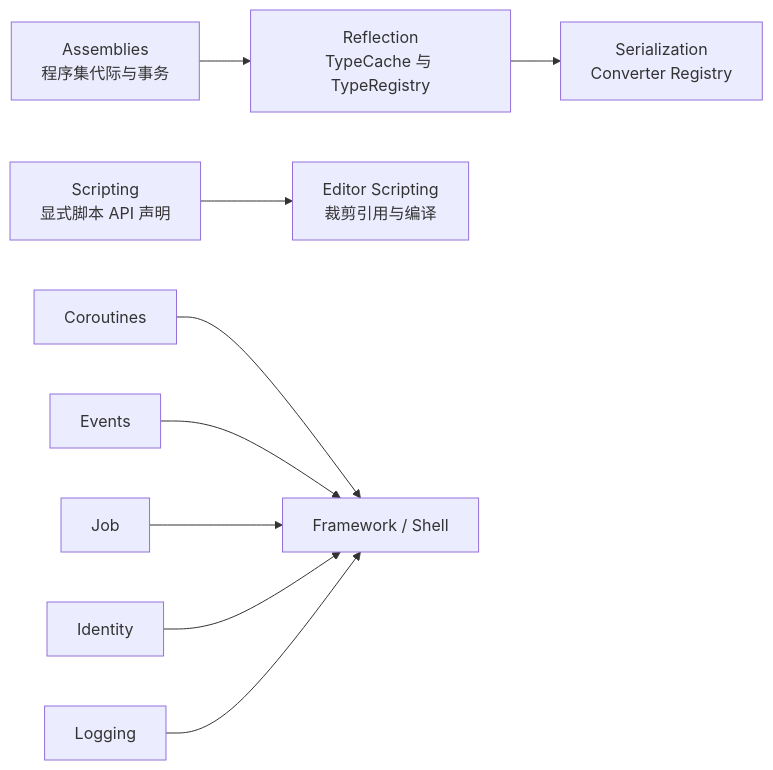
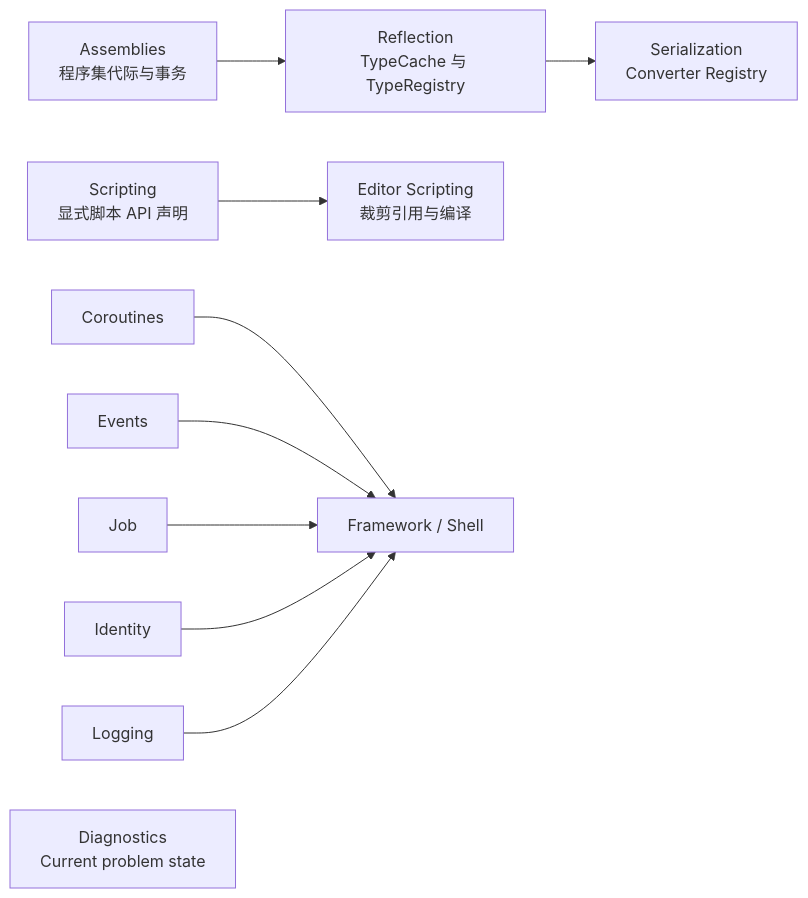
Before and after one commit to FLwolfy/InnoEngine: the diagram in docs/core/README.md, drawn with Mermaid. The commit also changed other lines of this file and 34 other files, not shown here.

````diff
--- a/docs/core/README.md
+++ b/docs/core/README.md
@@ -7,11 +7,12 @@
 ```mermaid
 flowchart LR
     A["Assemblies<br/>程序集代际与事务"] --> R["Reflection<br/>TypeCache 与 TypeRegistry"]
     SAPI["Scripting<br/>显式脚本 API 声明"] --> ES["Editor Scripting<br/>裁剪引用与编译"]
     R --> S["Serialization<br/>Converter Registry"]
     C["Coroutines"] --> F["Framework / Shell"]
     E["Events"] --> F
     J["Job"] --> F
     I["Identity"] --> F
     L["Logging"] --> F
+    D["Diagnostics<br/>Current problem state"]
 ```
````
